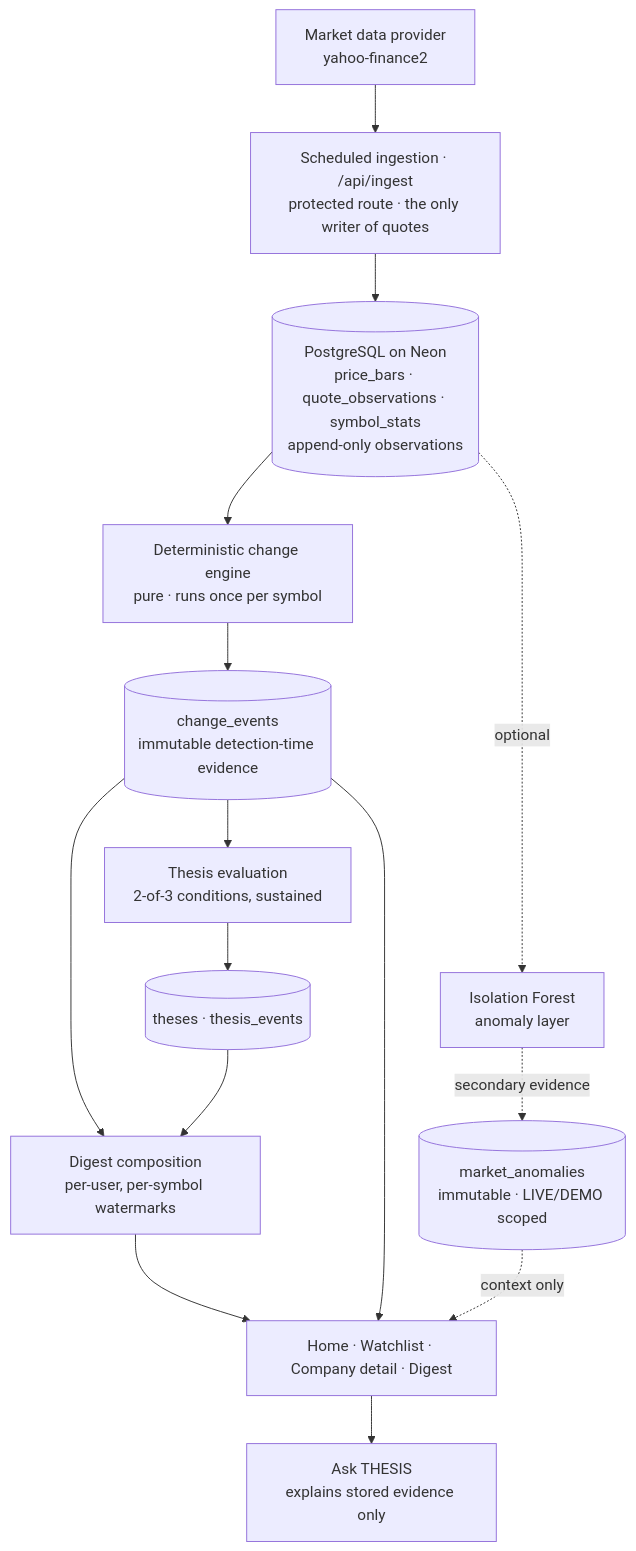
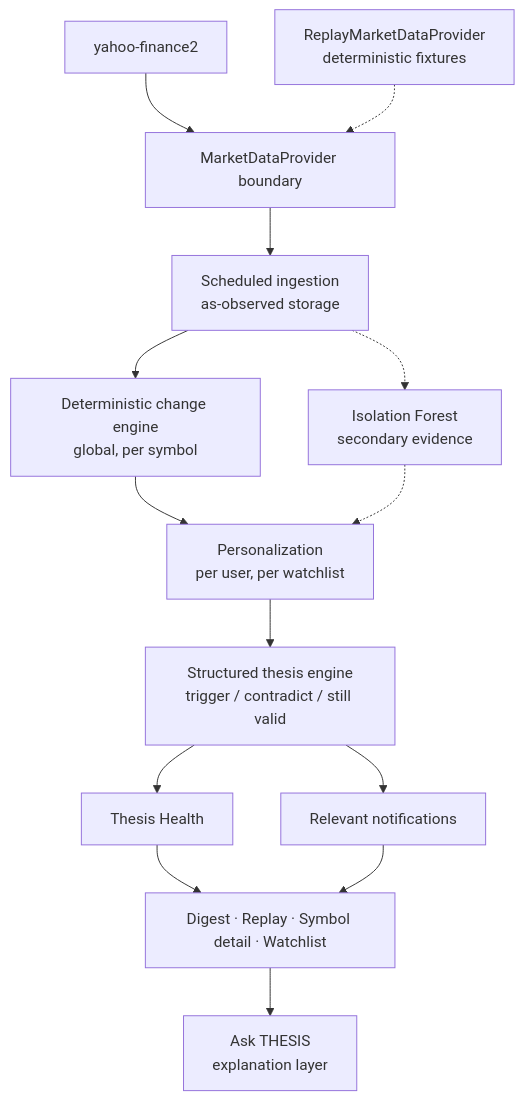
Before and after one commit to tanisha-raha/thesis-market-watchlist: the diagram in README.md, drawn with Mermaid. The commit also changed other lines of this file, not shown here.

Commit message:
finalize THESIS hackathon submission

````diff
--- a/README.md
+++ b/README.md
@@ -223,18 +213,16 @@
 ```mermaid
 flowchart TD
-    P["Market data provider<br/>yahoo-finance2"] --> ING
-    ING["Scheduled ingestion · /api/ingest<br/>protected route · the only writer of quotes"] --> OBS
-    OBS[("PostgreSQL on Neon<br/>price_bars · quote_observations · symbol_stats<br/>append-only observations")]
-    OBS --> DET["Deterministic change engine<br/>pure · runs once per symbol"]
-    OBS -. optional .-> ML["Isolation Forest<br/>anomaly layer"]
-    DET --> CE[("change_events<br/>immutable detection-time evidence")]
-    ML -. secondary evidence .-> MA[("market_anomalies<br/>immutable · LIVE/DEMO scoped")]
-    CE --> TH["Thesis evaluation<br/>2-of-3 conditions, sustained"]
-    TH --> TE[("theses · thesis_events")]
-    CE --> DIG["Digest composition<br/>per-user, per-symbol watermarks"]
-    TE --> DIG
-    DIG --> UI["Home · Watchlist · Company detail · Digest"]
-    CE --> UI
-    MA -. context only .-> UI
-    UI --> ASK["Ask THESIS<br/>explains stored evidence only"]
+  P[yahoo-finance2] --> B[MarketDataProvider boundary]
+  R[ReplayMarketDataProvider<br/>deterministic fixtures] -.-> B
+  B --> I[Scheduled ingestion<br/>as-observed storage]
+  I --> D[Deterministic change engine<br/>global, per symbol]
+  I -.-> M[Isolation Forest<br/>secondary evidence]
+  D --> U[Personalization<br/>per user, per watchlist]
+  M -.-> U
+  U --> T[Structured thesis engine<br/>trigger / contradict / still valid]
+  T --> H[Thesis Health]
+  T --> N[Relevant notifications]
+  H --> V[Digest · Replay · Symbol detail · Watchlist]
+  N --> V
+  V --> A[Ask THESIS<br/>explanation layer]
 ```
````
